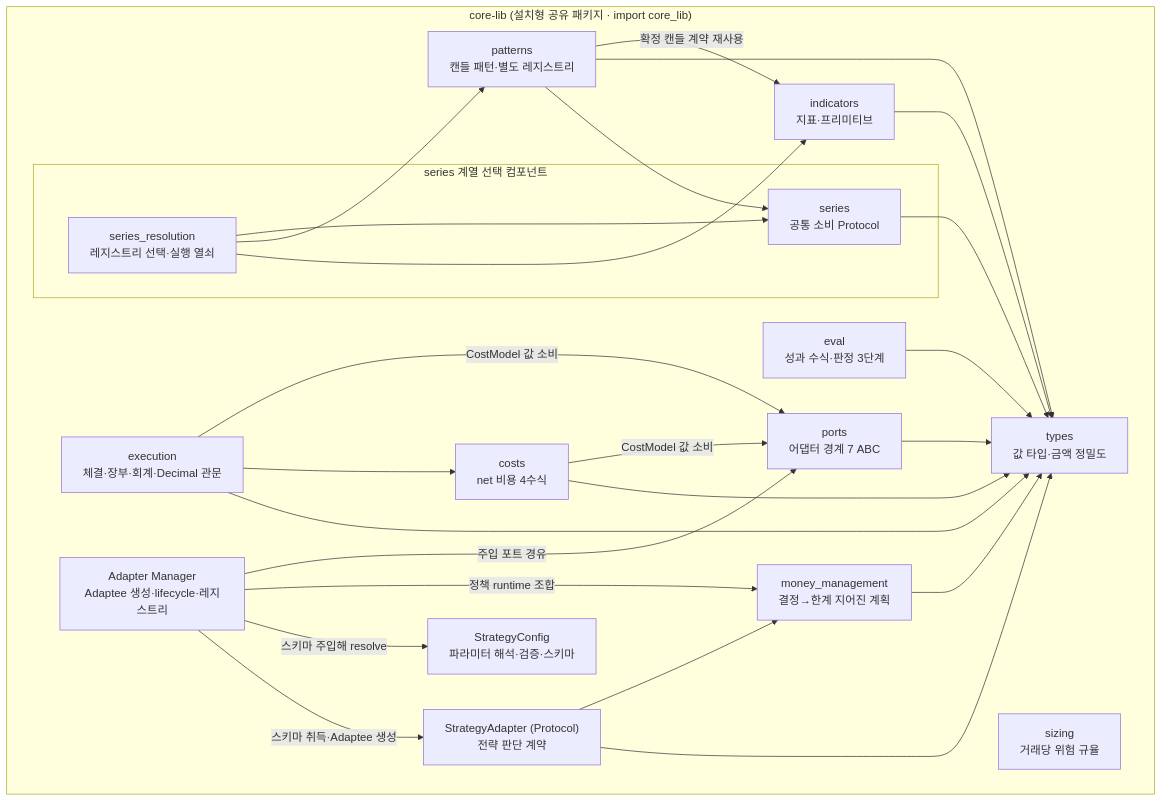
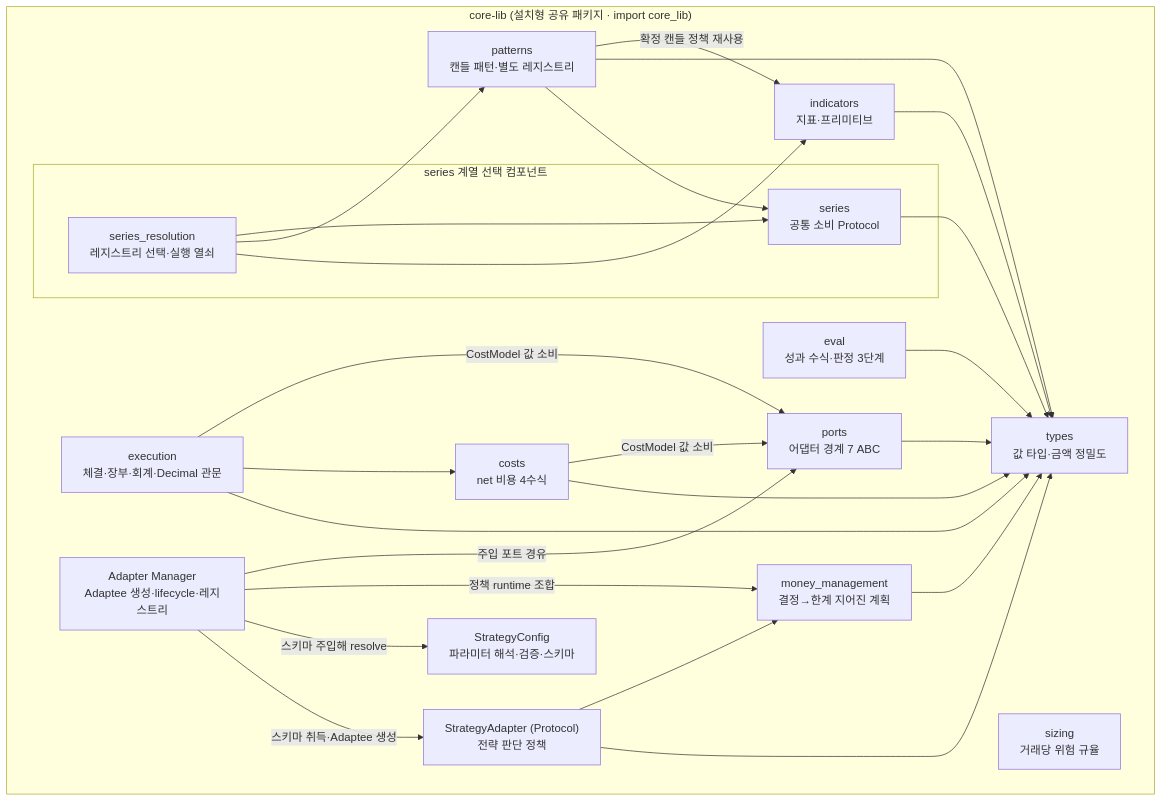
Before and after one commit to vessel35/trading-system-v2: the third of 38 diagrams in docs/fullspec/backtest_v2_detailed_design.md, drawn with Mermaid. The commit also changed other lines of this file and 21 other files, not shown here.

````diff
--- a/docs/fullspec/backtest_v2_detailed_design.md
+++ b/docs/fullspec/backtest_v2_detailed_design.md
@@ -574,43 +574,43 @@
 ```mermaid
 flowchart TD
     subgraph CORELIB["core-lib (설치형 공유 패키지 · import core_lib)"]
         TYPES["types<br/>값 타입·금액 정밀도"]
         IND["indicators<br/>지표·프리미티브"]
         PAT["patterns<br/>캔들 패턴·별도 레지스트리"]
         subgraph SERIES["series 계열 선택 컴포넌트"]
             SER["series<br/>공통 소비 Protocol"]
             RES["series_resolution<br/>레지스트리 선택·실행 열쇠"]
         end
         MM["money_management<br/>결정→한계 지어진 계획"]
-        STRAT["StrategyAdapter (Protocol)<br/>전략 판단 계약"]
+        STRAT["StrategyAdapter (Protocol)<br/>전략 판단 정책"]
         SIZ["sizing<br/>거래당 위험 규율"]
         CST["costs<br/>net 비용 4수식"]
         EXE["execution<br/>체결·장부·회계·Decimal 관문"]
         PORT["ports<br/>어댑터 경계 7 ABC"]
         EVAL["eval<br/>성과 수식·판정 3단계"]
         MGR["Adapter Manager<br/>Adaptee 생성·lifecycle·레지스트리"]
         CFG["StrategyConfig<br/>파라미터 해석·검증·스키마"]
     end
     IND --> TYPES
     PAT --> TYPES
-    PAT -->|확정 캔들 계약 재사용| IND
+    PAT -->|확정 캔들 정책 재사용| IND
     PAT --> SER
     RES --> IND
     RES --> PAT
     RES --> SER
     SER --> TYPES
     MM --> TYPES
     STRAT --> TYPES
     STRAT --> MM
     CST --> TYPES
     CST -->|CostModel 값 소비| PORT
     EXE --> TYPES
     EXE --> CST
     EXE -->|CostModel 값 소비| PORT
     PORT --> TYPES
     EVAL --> TYPES
     MGR -->|스키마 취득·Adaptee 생성| STRAT
     MGR -->|스키마 주입해 resolve| CFG
     MGR -->|정책 runtime 조합| MM
     MGR -->|주입 포트 경유| PORT
 ```
````
